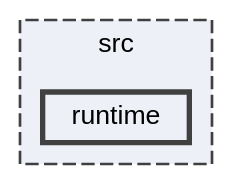
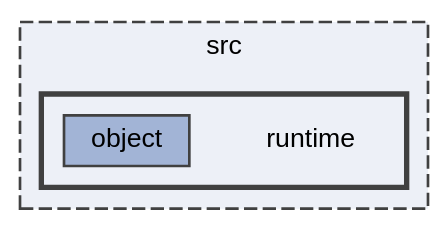
The diagram in pebbl/docs/dir_bf9f26469d00835ba20ff8d80ee5a804_dep.dot (kejunp/kejunp.github.io), drawn with Graphviz before and after one commit. The commit also changed 66 other files, not shown here.

```diff
--- a/pebbl/docs/dir_bf9f26469d00835ba20ff8d80ee5a804_dep.dot
+++ b/pebbl/docs/dir_bf9f26469d00835ba20ff8d80ee5a804_dep.dot
@@ -1,12 +1,16 @@
 digraph "src/runtime"
 {
  // LATEX_PDF_SIZE
   bgcolor="transparent";
   edge [fontname=Helvetica,fontsize=10,labelfontname=Helvetica,labelfontsize=10];
   node [fontname=Helvetica,fontsize=10,shape=box,height=0.2,width=0.4];
   compound=true
   subgraph clusterdir_68267d1309a1af8e8297ef4c3efbcdba {
     graph [ bgcolor="#edf0f7", pencolor="grey25", label="src", fontname=Helvetica,fontsize=10 style="filled,dashed", URL="dir_68267d1309a1af8e8297ef4c3efbcdba.html",tooltip=""]
-  dir_bf9f26469d00835ba20ff8d80ee5a804 [label="runtime", fillcolor="#edf0f7", color="grey25", style="filled,bold", URL="dir_bf9f26469d00835ba20ff8d80ee5a804.html",tooltip=""];
+  subgraph clusterdir_bf9f26469d00835ba20ff8d80ee5a804 {
+    graph [ bgcolor="#edf0f7", pencolor="grey25", label="", fontname=Helvetica,fontsize=10 style="filled,bold", URL="dir_bf9f26469d00835ba20ff8d80ee5a804.html",tooltip=""]
+    dir_bf9f26469d00835ba20ff8d80ee5a804 [shape=plaintext, label="runtime"];
+  dir_7b3ca0f1a5442f5bcf8fa402d7489a6e [label="object", fillcolor="#a2b4d6", color="grey25", style="filled", URL="dir_7b3ca0f1a5442f5bcf8fa402d7489a6e.html",tooltip=""];
+  }
   }
 }
```
